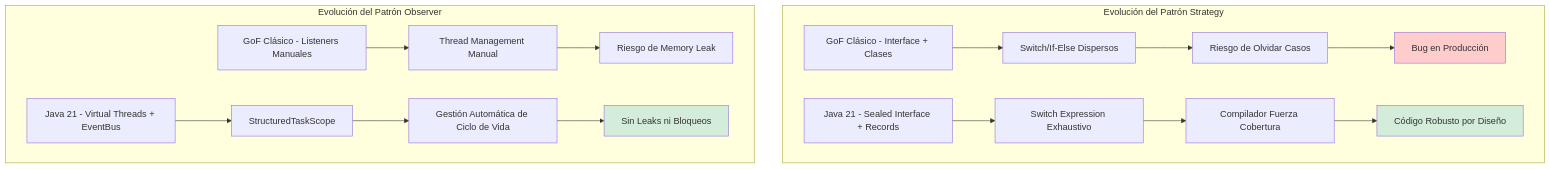
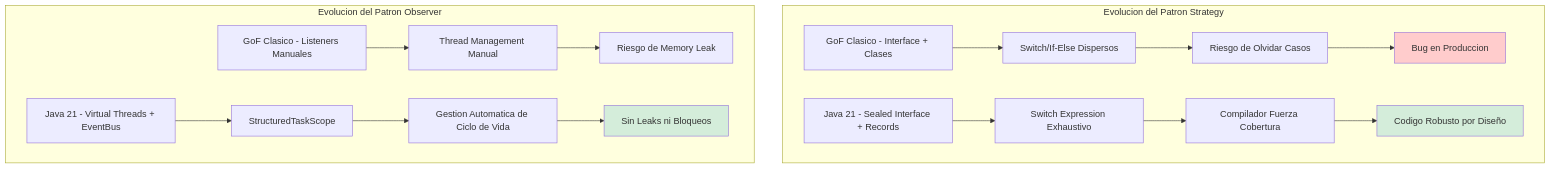
Before and after one commit to Joaquinriosheredia/DAM-Java-Mastery: the first of 4 diagrams in 01_Java_Core/patrones_strategy_y_observer_en_java_21:_implementación_con_sealed_interfaces,_pattern_matching_sobre_records_y_desacoplamiento_funcional_sin_efectos_secundarios_STAFF.md, drawn with Mermaid. The commit also changed other lines of this file, not shown here.

Commit message:
patrones_strategy_y_observer_en_java_21:_implementación_con_sealed_interfaces,_pattern_matching_sobre_records_y_desacoplamiento_funcional_sin_efectos_secundarios_STAFF.md

````diff
--- a/01_Java_Core/patrones_strategy_y_observer_en_java_21:_implementación_con_sealed_interfaces,_pattern_matching_sobre_records_y_desacoplamiento_funcional_sin_efectos_secundarios_STAFF.md
+++ b/01_Java_Core/patrones_strategy_y_observer_en_java_21:_implementación_con_sealed_interfaces,_pattern_matching_sobre_records_y_desacoplamiento_funcional_sin_efectos_secundarios_STAFF.md
@@ -38,25 +41,25 @@
 ```mermaid
 graph TD
-    subgraph "Evolución del Patrón Strategy"
-        OLD[GoF Clásico - Interface + Clases] --> SWITCH[Switch/If-Else Dispersos]
+    subgraph "Evolucion del Patron Strategy"
+        OLD[GoF Clasico - Interface + Clases] --> SWITCH[Switch/If-Else Dispersos]
         SWITCH --> RISK[Riesgo de Olvidar Casos]
-        RISK --> BUG[Bug en Producción]
+        RISK --> BUG[Bug en Produccion]
         
         NEW[Java 21 - Sealed Interface + Records] --> PATTERN[Switch Expression Exhaustivo]
         PATTERN --> SAFE[Compilador Fuerza Cobertura]
-        SAFE --> RELIABLE[Código Robusto por Diseño]
+        SAFE --> RELIABLE[Codigo Robusto por Diseño]
     end
     
-    subgraph "Evolución del Patrón Observer"
-        OLD_OBS[GoF Clásico - Listeners Manuales] --> THREAD[Thread Management Manual]
+    subgraph "Evolucion del Patron Observer"
+        OLD_OBS[GoF Clasico - Listeners Manuales] --> THREAD[Thread Management Manual]
         THREAD --> LEAK[Riesgo de Memory Leak]
         
         NEW_OBS[Java 21 - Virtual Threads + EventBus] --> STRUCTURED[StructuredTaskScope]
-        STRUCTURED --> AUTO[Gestión Automática de Ciclo de Vida]
+        STRUCTURED --> AUTO[Gestion Automatica de Ciclo de Vida]
         AUTO --> SAFE_OBS[Sin Leaks ni Bloqueos]
     end
     
     style BUG fill:#ffcccc
     style RELIABLE fill:#d4edda
     style SAFE_OBS fill:#d4edda
 ```
````
